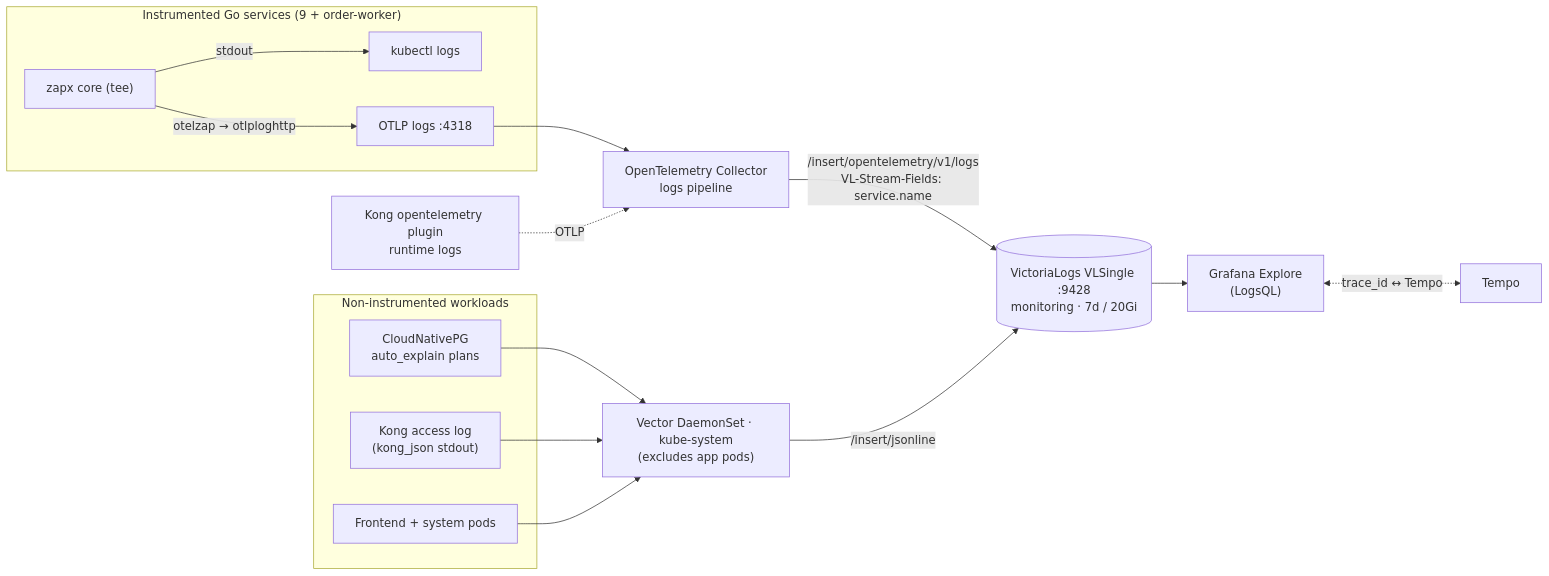
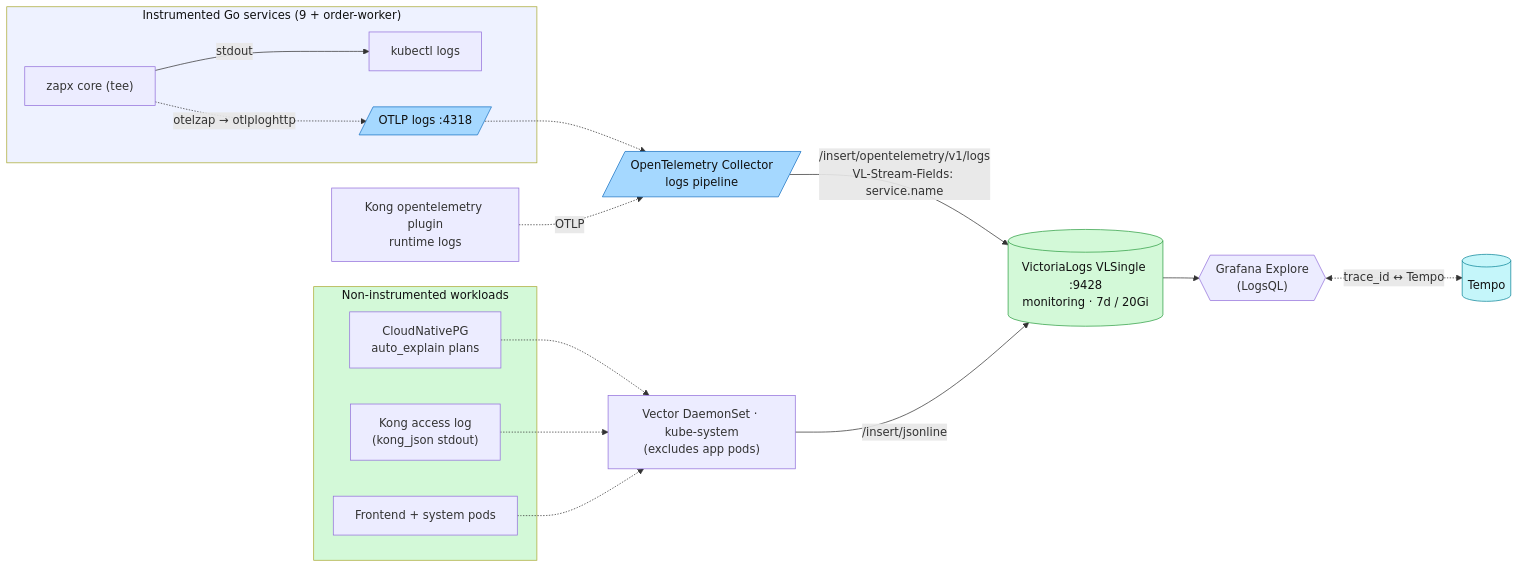
One commit to duynhlab/homelab changed the diagram in docs/observability/logging/README.md. Above: the diagram before and after it, drawn with Mermaid. The commit also changed 8 other files, not shown here.

First line of the commit message:
Restyle RFC-0014 observability diagrams (#482)

````diff
--- a/docs/observability/logging/README.md
+++ b/docs/observability/logging/README.md
@@ -56,22 +56,30 @@
 ```mermaid
 flowchart LR
     subgraph apps["Instrumented Go services (9 + order-worker)"]
         Z["zapx core (tee)"]
         Z -->|stdout| KLOGS["kubectl logs"]
-        Z -->|"otelzap → otlploghttp"| OTLP
+        Z -.->|"otelzap → otlploghttp"| OTLP
     end
     subgraph infra["Non-instrumented workloads"]
         CNPG["CloudNativePG<br/>auto_explain plans"]
         KONG["Kong access log<br/>(kong_json stdout)"]
         FE["Frontend + system pods"]
     end
-    OTLP["OTLP logs :4318"] --> COL["OpenTelemetry Collector<br/>logs pipeline"]
-    CNPG --> VEC["Vector DaemonSet · kube-system<br/>(excludes app pods)"]
-    KONG --> VEC
-    FE --> VEC
+    OTLP[/"OTLP logs :4318"/] -.-> COL[/"OpenTelemetry Collector<br/>logs pipeline"/]
+    CNPG -.-> VEC["Vector DaemonSet · kube-system<br/>(excludes app pods)"]
+    KONG -.-> VEC
+    FE -.-> VEC
     KONGRT["Kong opentelemetry plugin<br/>runtime logs"] -.->|OTLP| COL
     COL -->|"/insert/opentelemetry/v1/logs<br/>VL-Stream-Fields: service.name"| VL[("VictoriaLogs VLSingle :9428<br/>monitoring · 7d / 20Gi")]
     VEC -->|"/insert/jsonline"| VL
-    VL --> GRAF["Grafana Explore<br/>(LogsQL)"]
-    GRAF <-. "trace_id ↔ Tempo" .-> TEMPO["Tempo"]
+    VL --> GRAF{{"Grafana Explore<br/>(LogsQL)"}}
+    GRAF <-. "trace_id ↔ Tempo" .-> TEMPO[("Tempo")]
+    classDef otc fill:#a5d8ff,stroke:#1971c2,color:#111;
+    classDef log fill:#d3f9d8,stroke:#2f9e44,color:#111;
+    classDef trace fill:#c5f6fa,stroke:#0c8599,color:#111;
+    class OTLP,COL otc;
+    class VL log;
+    class TEMPO trace;
+    style apps fill:#eef2ff,color:#111;
+    style infra fill:#d3f9d8,color:#111;
 ```
````
